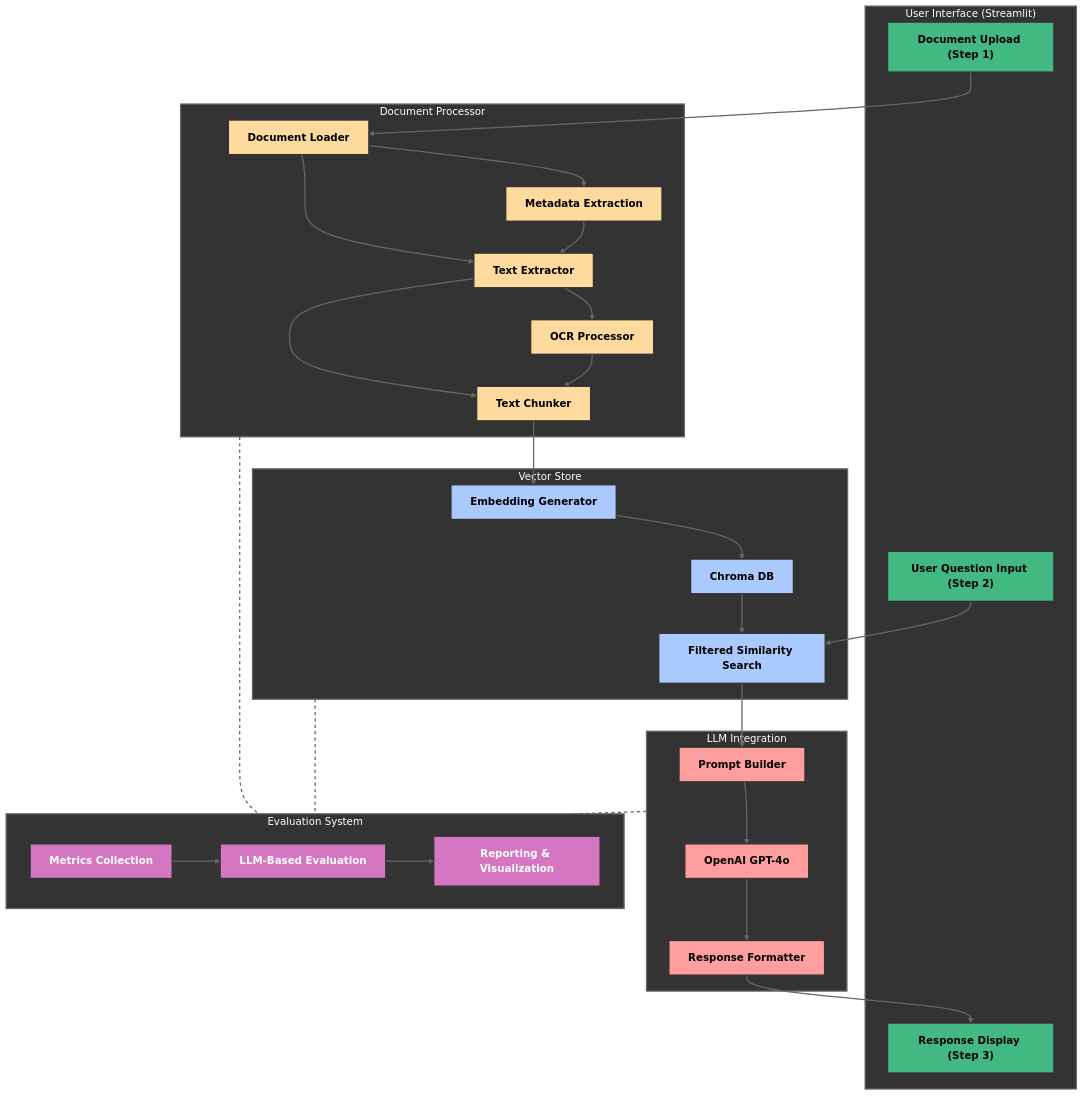
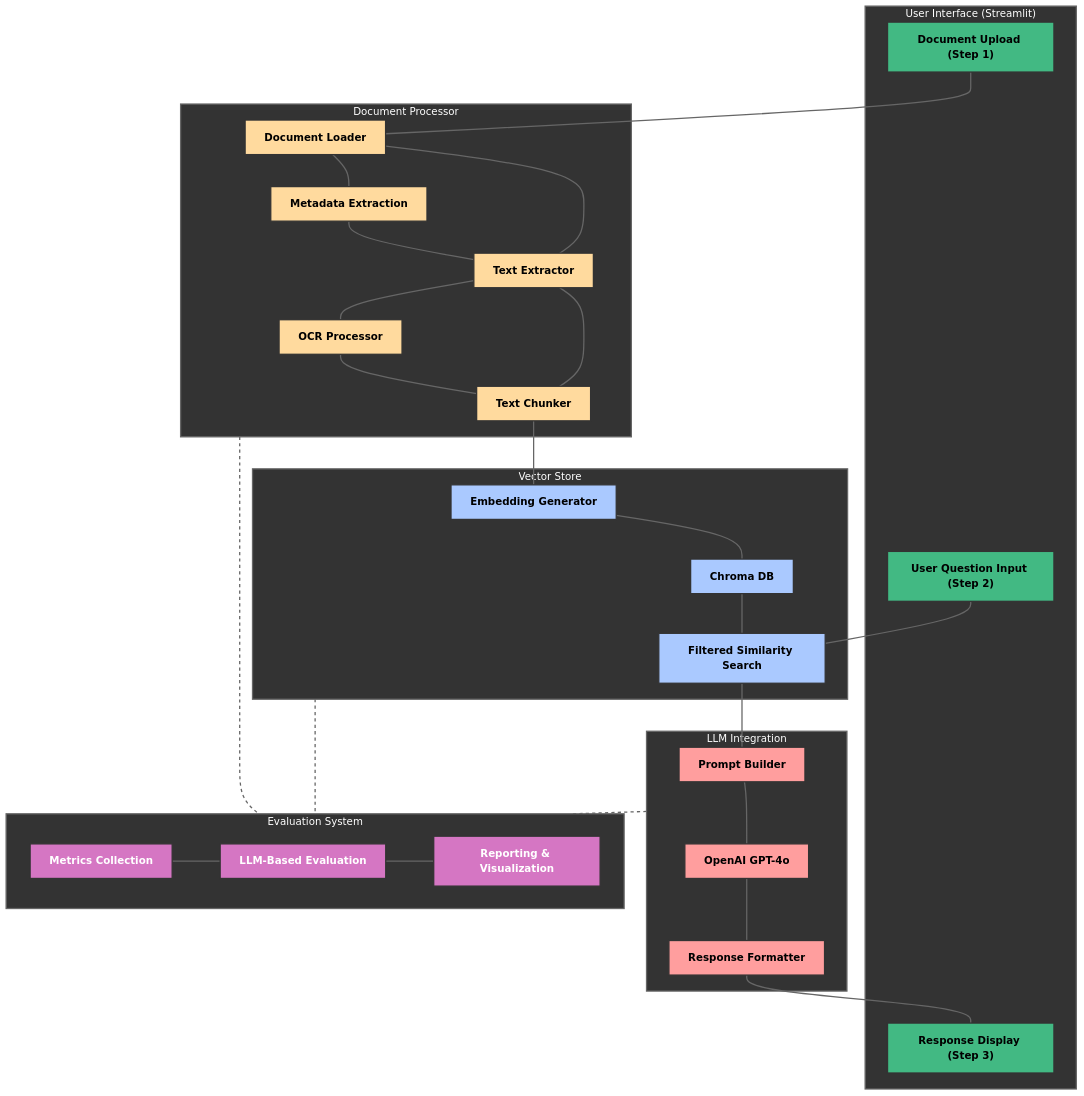
The diagram in README.md (mdwaquarahmad/fortune500-rag), drawn with Mermaid before and after one commit.

Commit message:
Documentation

```diff
--- a/README.md
+++ b/README.md
@@ -77,26 +77,26 @@
         E3["Reporting & Visualization"]
     end
     
-    %% Define all connections first
-    A1 --> B1
-    B1 --> B2
-    B2 --> B3
-    B2 --> B4
-    B3 --> B4
-    B1 --> B5
-    B5 --> B2
-    B4 --> C1
-    C1 --> C2
-    C2 --> C3
-    A2 --> C3
-    C3 --> D1
-    D1 --> D2
-    D2 --> D3
-    D3 --> A3
-    E1 --> E2
-    E2 --> E3
+    %% Define connections with orthogonal routing (90-degree angles)
+    A1 --- B1
+    B1 --- B5
+    B5 --- B2
+    B1 --- B2
+    B2 --- B3
+    B3 --- B4
+    B2 --- B4
+    B4 --- C1
+    C1 --- C2
+    C2 --- C3
+    A2 --- C3
+    C3 --- D1
+    D1 --- D2
+    D2 --- D3
+    D3 --- A3
+    E1 --- E2
+    E2 --- E3
     
-    %% Evaluation connections (these should be dotted)
+    %% Evaluation connections (dotted)
     DP -.- EVAL
     VS -.- EVAL
     LLM -.- EVAL
```
